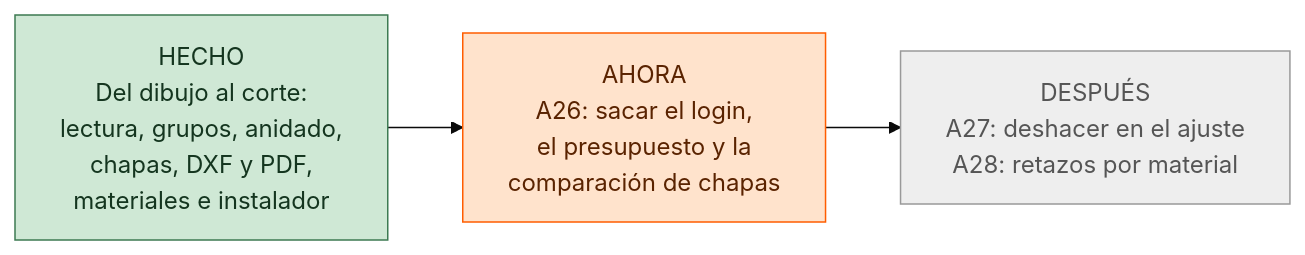
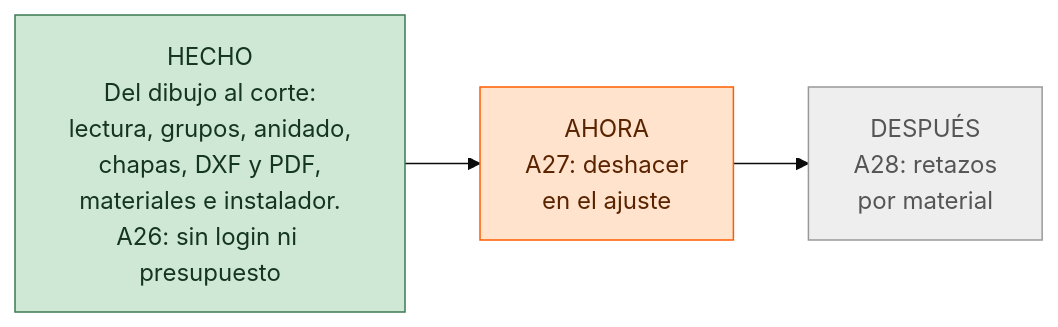
The third of 3 diagrams in README.md (enzopazzelli/carteleria), drawn with Mermaid (base theme) before and after one commit. The commit also changed other lines of this file and 13 other files, not shown here.

````diff
--- a/README.md
+++ b/README.md
@@ -241,14 +240,14 @@
 ```mermaid
 flowchart LR
-    H["HECHO<br/>Del dibujo al corte:<br/>lectura, grupos, anidado,<br/>chapas, DXF y PDF,<br/>materiales e instalador"]
-    N["AHORA<br/>A26: sacar el login,<br/>el presupuesto y la<br/>comparación de chapas"]
-    D["DESPUÉS<br/>A27: deshacer en el ajuste<br/>A28: retazos por material"]
+    H["HECHO<br/>Del dibujo al corte:<br/>lectura, grupos, anidado,<br/>chapas, DXF y PDF,<br/>materiales e instalador.<br/>A26: sin login ni presupuesto"]
+    N["AHORA<br/>A27: deshacer<br/>en el ajuste"]
+    D["DESPUÉS<br/>A28: retazos<br/>por material"]
     H --> N --> D
 
     classDef hecho fill:#cfe8d5,stroke:#3d7a52,color:#14351f
     classDef ahora fill:#ffe3cc,stroke:#ff5d00,color:#5a2300
     classDef luego fill:#eeeeee,stroke:#999,color:#555
     class H hecho
     class N ahora
     class D luego
 ```
````
